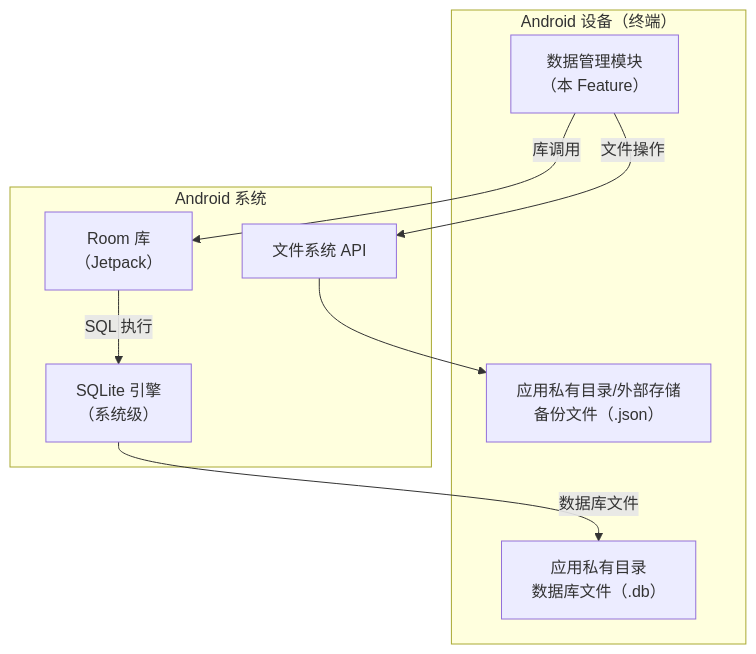
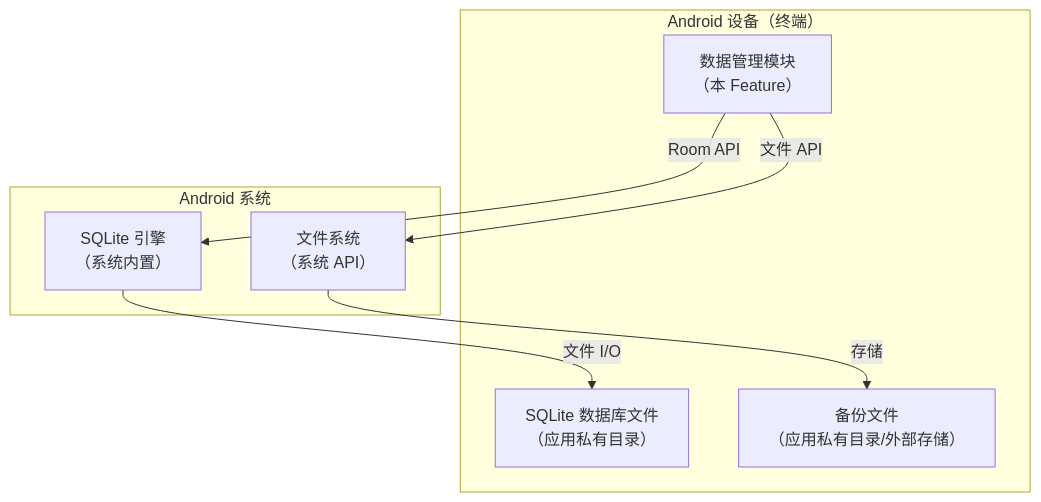
Before and after one commit to jackykarma/Verity: the second of 11 diagrams in specs/epics/EPIC-001-word-memory-app/features/FEAT-005-user-account-data/plan.md, drawn with Mermaid. The commit also changed other lines of this file and 20 other files, not shown here.

````diff
--- a/specs/epics/EPIC-001-word-memory-app/features/FEAT-005-user-account-data/plan.md
+++ b/specs/epics/EPIC-001-word-memory-app/features/FEAT-005-user-account-data/plan.md
@@ -84,18 +91,16 @@
 ```mermaid
 flowchart TB
   subgraph Device["Android 设备（终端）"]
     App["数据管理模块<br/>（本 Feature）"]
-    DBFile["应用私有目录<br/>数据库文件（.db）"]
-    BackupFile["应用私有目录/外部存储<br/>备份文件（.json）"]
+    DB["SQLite 数据库文件<br/>（应用私有目录）"]
+    BackupFiles["备份文件<br/>（应用私有目录/外部存储）"]
   end
   subgraph Android["Android 系统"]
-    RoomLib["Room 库<br/>（Jetpack）"]
-    SQLiteEngine["SQLite 引擎<br/>（系统级）"]
-    FileSystemAPI["文件系统 API"]
+    SQLiteEngine["SQLite 引擎<br/>（系统内置）"]
+    FileSystem["文件系统<br/>（系统 API）"]
   end
-  App -->|库调用| RoomLib
-  RoomLib -->|SQL 执行| SQLiteEngine
-  SQLiteEngine -->|数据库文件| DBFile
-  App -->|文件操作| FileSystemAPI
-  FileSystemAPI --> BackupFile
+  App -->|Room API| SQLiteEngine
+  SQLiteEngine -->|文件 I/O| DB
+  App -->|文件 API| FileSystem
+  FileSystem -->|存储| BackupFiles
 ```
````
